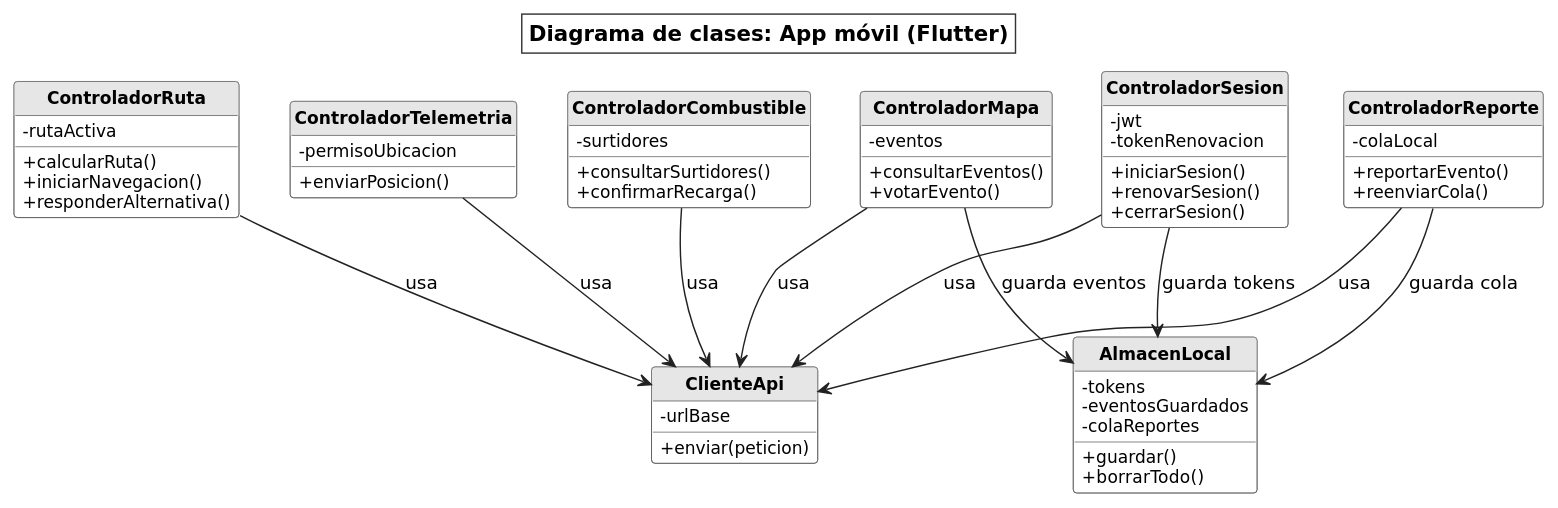
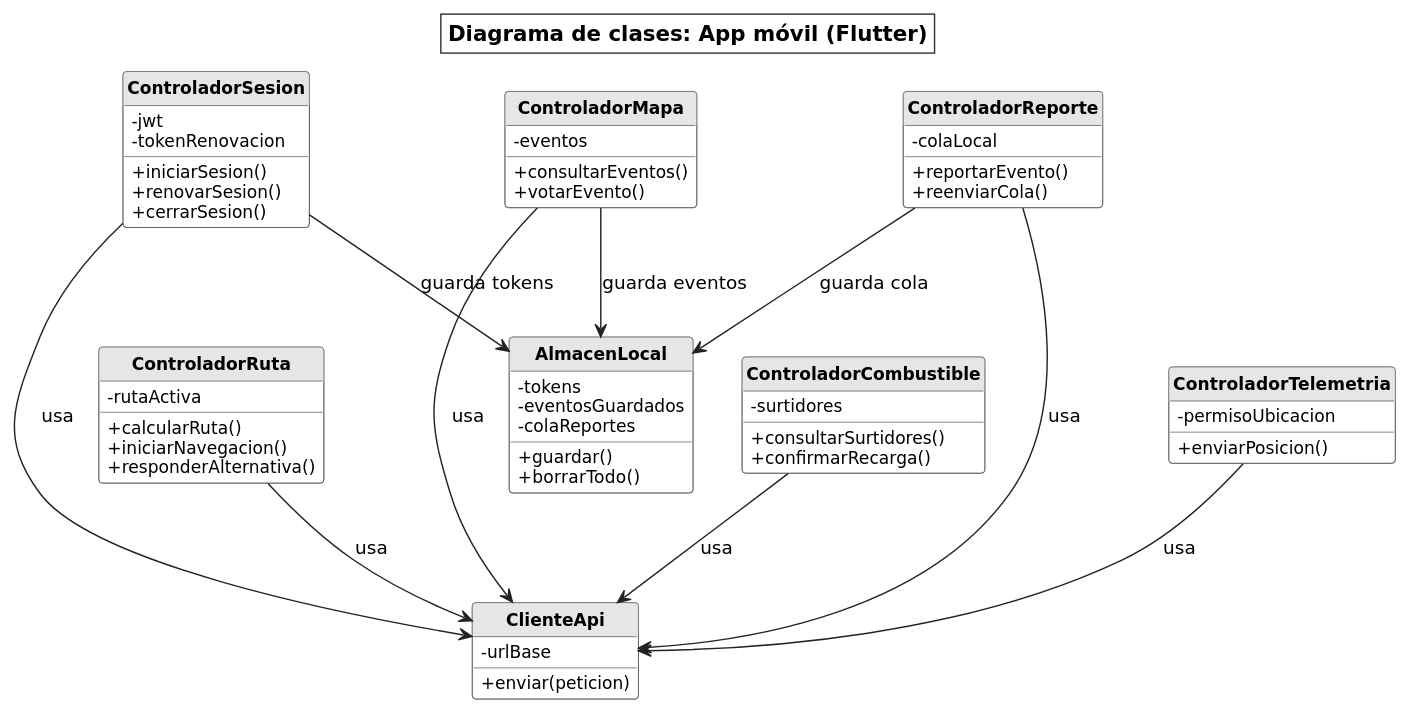
The diagram in 03_des/DiagramasPrueba/Diagrama de clases/CLS-01_AppFlutter.puml (uniWASD/ChuroViajeInterno), drawn with PlantUML before and after one commit. The commit also changed 16 other files, not shown here.

```diff
--- a/03_des/DiagramasPrueba/Diagrama de clases/CLS-01_AppFlutter.puml
+++ b/03_des/DiagramasPrueba/Diagrama de clases/CLS-01_AppFlutter.puml
@@ -1,90 +1,98 @@
 @startuml CLS-01_AppFlutter
 ' Diagrama de clases general: app móvil (Flutter)
 skinparam shadowing false
 skinparam defaultFontName "DejaVu Sans"
 skinparam defaultFontSize 13
 skinparam wrapWidth 160
 skinparam ArrowColor #222222
 skinparam backgroundColor white
 skinparam titleBorderThickness 1
 skinparam titleBorderColor #333333
 skinparam titleBorderRoundCorner 0
 skinparam titleFontSize 15
 skinparam titleBackgroundColor white
 skinparam classAttributeIconSize 0
 skinparam class {
   BackgroundColor white
   BorderColor #555555
   HeaderBackgroundColor #E6E6E6
   FontStyle bold
   AttributeFontSize 12
 }
 skinparam note {
   BackgroundColor white
   BorderColor #777777
 }
 skinparam packageStyle rectangle
 skinparam package {
   BorderColor #999999
   BackgroundColor white
 }
 hide circle
 hide empty members
 
 title Diagrama de clases: App móvil (Flutter)
 
 class ControladorSesion {
   - jwt
   - tokenRenovacion
   + iniciarSesion()
   + renovarSesion()
   + cerrarSesion()
 }
 class ControladorMapa {
   - eventos
   + consultarEventos()
   + votarEvento()
 }
 class ControladorReporte {
   - colaLocal
   + reportarEvento()
   + reenviarCola()
 }
 class ControladorRuta {
   - rutaActiva
   + calcularRuta()
   + iniciarNavegacion()
   + responderAlternativa()
 }
 class ControladorCombustible {
   - surtidores
   + consultarSurtidores()
   + confirmarRecarga()
 }
 class ControladorTelemetria {
   - permisoUbicacion
   + enviarPosicion()
 }
 class ClienteApi {
   - urlBase
   + enviar(peticion)
 }
 class AlmacenLocal {
   - tokens
   - eventosGuardados
   - colaReportes
   + guardar()
   + borrarTodo()
 }
 
+ControladorSesion -[hidden]right- ControladorMapa
+ControladorMapa -[hidden]right- ControladorReporte
+ControladorRuta -[hidden]right- ControladorCombustible
+ControladorCombustible -[hidden]right- ControladorTelemetria
+ControladorSesion -[hidden]down- ControladorRuta
+ControladorMapa -[hidden]down- ControladorCombustible
+ControladorReporte -[hidden]down- ControladorTelemetria
+
 ControladorSesion --> ClienteApi : usa
 ControladorMapa --> ClienteApi : usa
 ControladorReporte --> ClienteApi : usa
 ControladorRuta --> ClienteApi : usa
 ControladorCombustible --> ClienteApi : usa
 ControladorTelemetria --> ClienteApi : usa
 ControladorSesion --> AlmacenLocal : guarda tokens
 ControladorMapa --> AlmacenLocal : guarda eventos
 ControladorReporte --> AlmacenLocal : guarda cola
 
 @enduml
```
